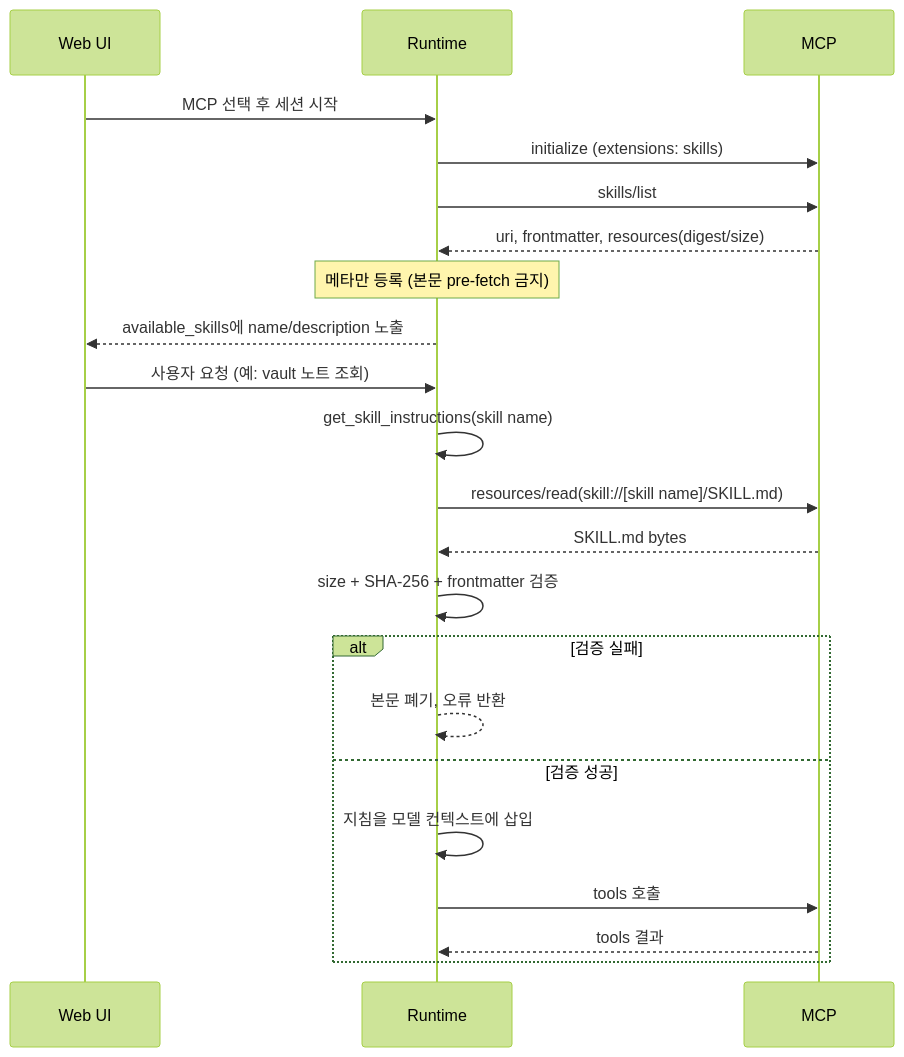
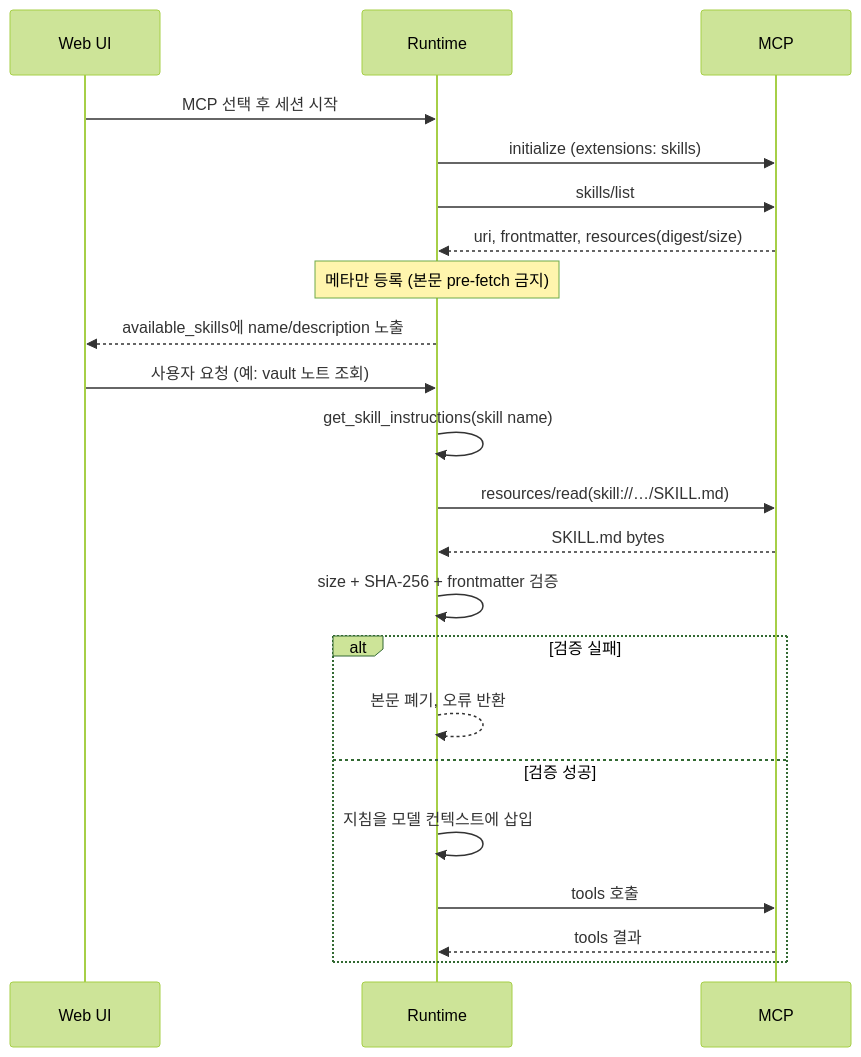
Before and after one commit to kyopark2014/agentic-work: the diagram in skills-over-mcp.md, drawn with Mermaid (forest theme). The commit also changed other lines of this file and 3 other files, not shown here.

````diff
--- a/skills-over-mcp.md
+++ b/skills-over-mcp.md
@@ -56,26 +111,26 @@
 ```mermaid
 sequenceDiagram
     participant UI as Web UI
     participant Host as Runtime
     participant MCP as MCP
 
     UI->>Host: MCP 선택 후 세션 시작
     Host->>MCP: initialize (extensions: skills)
     Host->>MCP: skills/list
     MCP-->>Host: uri, frontmatter, resources(digest/size)
     Note over Host: 메타만 등록 (본문 pre-fetch 금지)
     Host-->>UI: available_skills에 name/description 노출
 
     UI->>Host: 사용자 요청 (예: vault 노트 조회)
     Host->>Host: get_skill_instructions(skill name)
-    Host->>MCP: resources/read(skill://[skill name]/SKILL.md)
+    Host->>MCP: resources/read(skill://…/SKILL.md)
     MCP-->>Host: SKILL.md bytes
     Host->>Host: size + SHA-256 + frontmatter 검증
     alt 검증 실패
         Host-->>Host: 본문 폐기, 오류 반환
     else 검증 성공
         Host->>Host: 지침을 모델 컨텍스트에 삽입
         Host->>MCP: tools 호출
         MCP-->>Host: tools 결과
     end
 ```
````
